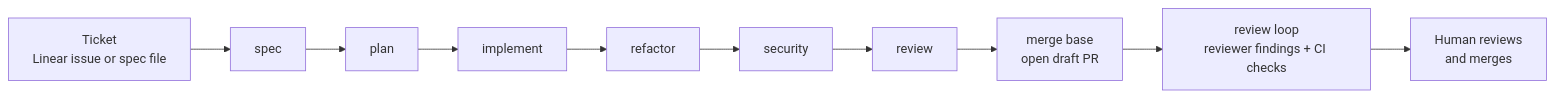
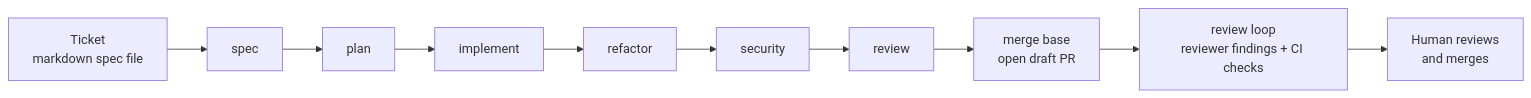
Before and after one commit to perkzen/fabrika: the first of 3 diagrams in README.md, drawn with Mermaid. The commit also changed other lines of this file and 10 other files, not shown here.

First line of the commit message:
feat(cli)!: a run's ticket is a markdown file, and Linear is reached through MCP

````diff
--- a/README.md
+++ b/README.md
@@ -17,12 +17,12 @@
 ```mermaid
 flowchart LR
-    T["Ticket<br/>Linear issue or spec file"] --> S[spec]
+    T["Ticket<br/>markdown spec file"] --> S[spec]
     S --> P[plan]
     P --> I[implement]
     I --> A[refactor]
     A --> SE[security]
     SE --> R[review]
     R --> M["merge base<br/>open draft PR"]
     M --> L["review loop<br/>reviewer findings + CI checks"]
     L --> H["Human reviews<br/>and merges"]
 ```
````
